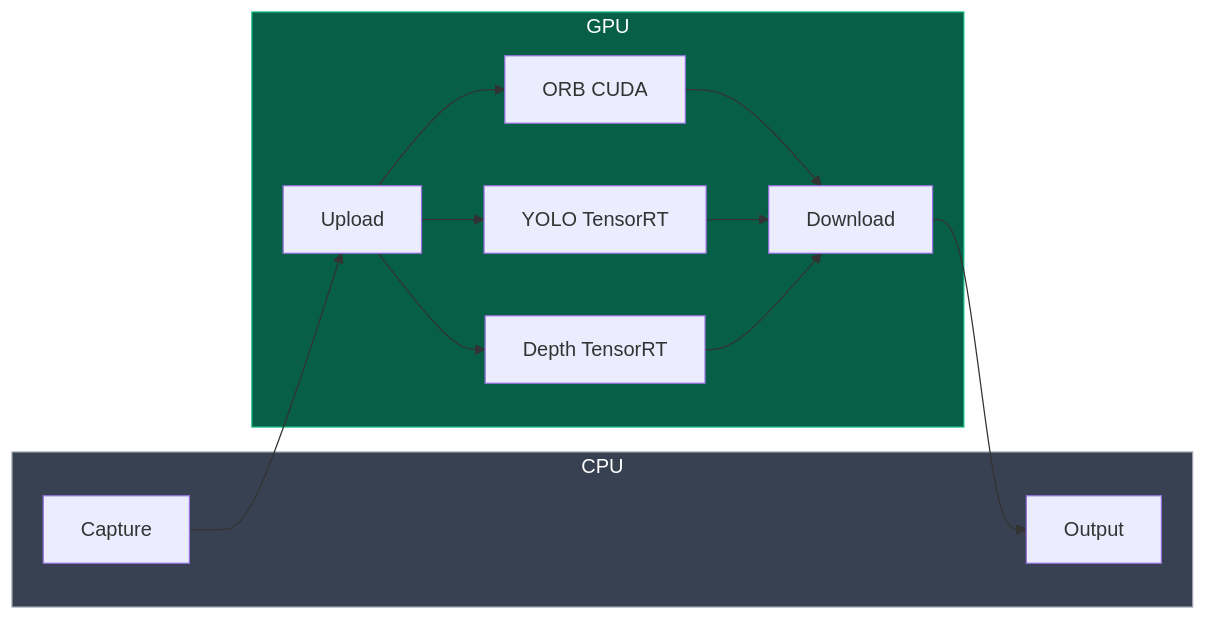
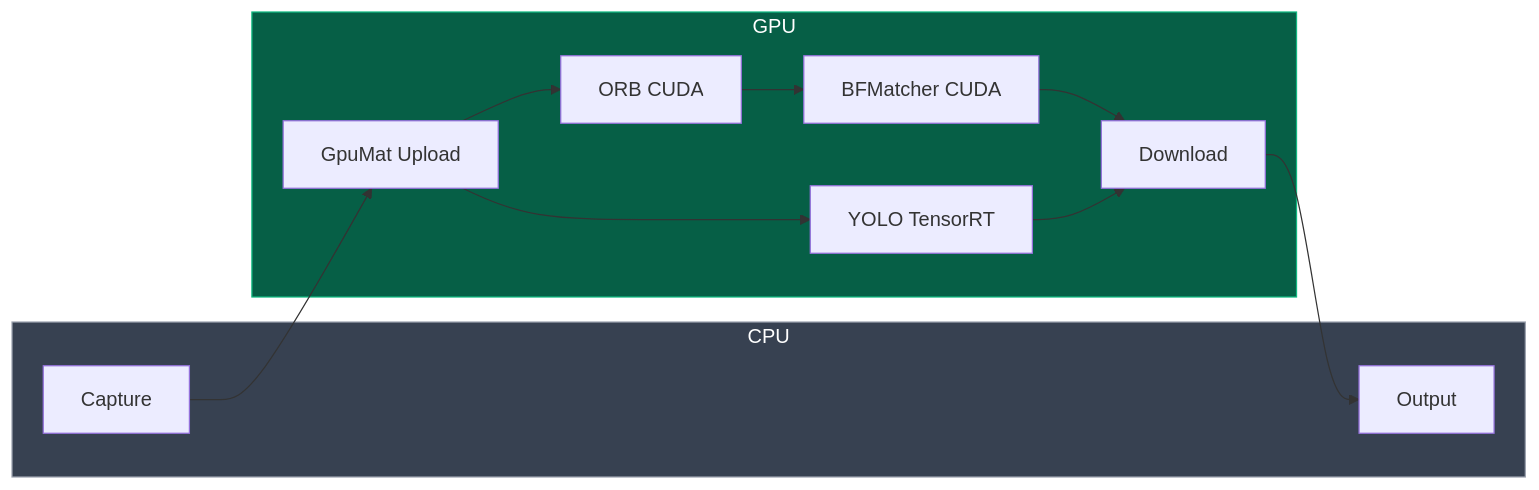
One commit to robertteleng/aria-slam changed the seventh of 11 diagrams in README.md. Above: the diagram before and after it, drawn with Mermaid. The commit also changed other lines of this file, not shown here.

````diff
--- a/README.md
+++ b/README.md
@@ -355,24 +368,23 @@
 ```mermaid
 flowchart LR
     subgraph CPU
         CAP[Capture]
         OUT[Output]
     end
 
     subgraph GPU
-        UP[Upload]
+        UP[GpuMat Upload]
         ORB[ORB CUDA]
+        MATCH[BFMatcher CUDA]
         YOLO[YOLO TensorRT]
-        DEPTH[Depth TensorRT]
         DOWN[Download]
     end
 
     CAP --> UP
-    UP --> ORB --> DOWN
+    UP --> ORB --> MATCH --> DOWN
     UP --> YOLO --> DOWN
-    UP --> DEPTH --> DOWN
     DOWN --> OUT
 
     style CPU fill:#374151,stroke:#9ca3af,color:#fff
     style GPU fill:#065f46,stroke:#10b981,color:#fff
 ```
````
